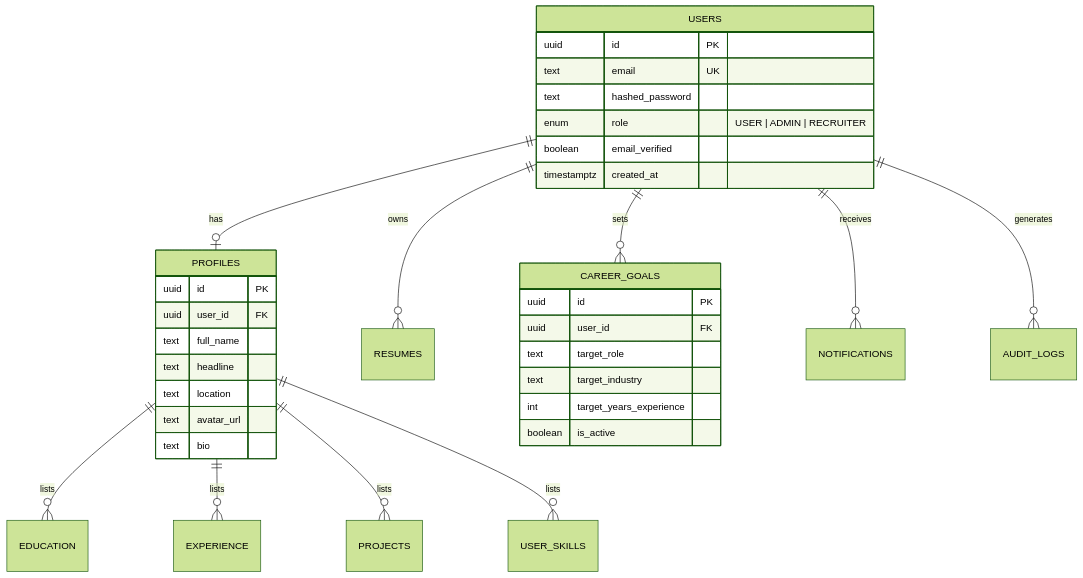
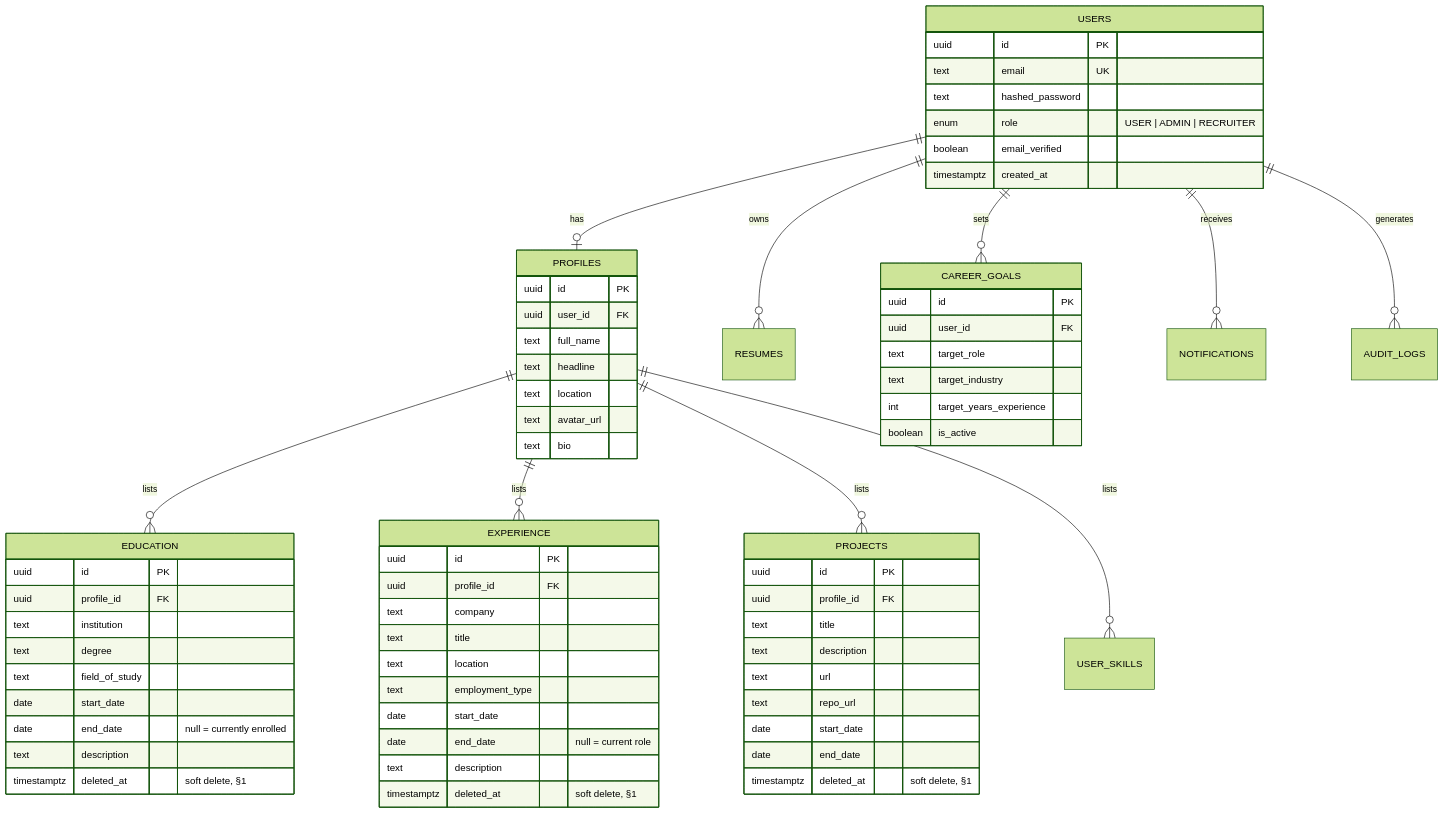
The first of 6 diagrams in docs/DATABASE.md (ArhamMinhas/CareerAI), drawn with Mermaid (forest theme) before and after one commit. The commit also changed other lines of this file and 49 other files, not shown here.

````diff
--- a/docs/DATABASE.md
+++ b/docs/DATABASE.md
@@ -32,38 +32,72 @@
 ```mermaid
 erDiagram
     USERS ||--o| PROFILES : has
     USERS ||--o{ RESUMES : owns
     USERS ||--o{ CAREER_GOALS : sets
     USERS ||--o{ NOTIFICATIONS : receives
     USERS ||--o{ AUDIT_LOGS : generates
     PROFILES ||--o{ EDUCATION : lists
     PROFILES ||--o{ EXPERIENCE : lists
     PROFILES ||--o{ PROJECTS : lists
     PROFILES ||--o{ USER_SKILLS : lists
 
     USERS {
         uuid id PK
         text email UK
         text hashed_password
         enum role "USER | ADMIN | RECRUITER"
         boolean email_verified
         timestamptz created_at
     }
     PROFILES {
         uuid id PK
         uuid user_id FK
         text full_name
         text headline
         text location
         text avatar_url
         text bio
     }
     CAREER_GOALS {
         uuid id PK
         uuid user_id FK
         text target_role
         text target_industry
         int target_years_experience
         boolean is_active
     }
+    EDUCATION {
+        uuid id PK
+        uuid profile_id FK
+        text institution
+        text degree
+        text field_of_study
+        date start_date
+        date end_date "null = currently enrolled"
+        text description
+        timestamptz deleted_at "soft delete, §1"
+    }
+    EXPERIENCE {
+        uuid id PK
+        uuid profile_id FK
+        text company
+        text title
+        text location
+        text employment_type
+        date start_date
+        date end_date "null = current role"
+        text description
+        timestamptz deleted_at "soft delete, §1"
+    }
+    PROJECTS {
+        uuid id PK
+        uuid profile_id FK
+        text title
+        text description
+        text url
+        text repo_url
+        date start_date
+        date end_date
+        timestamptz deleted_at "soft delete, §1"
+    }
 ```
````
